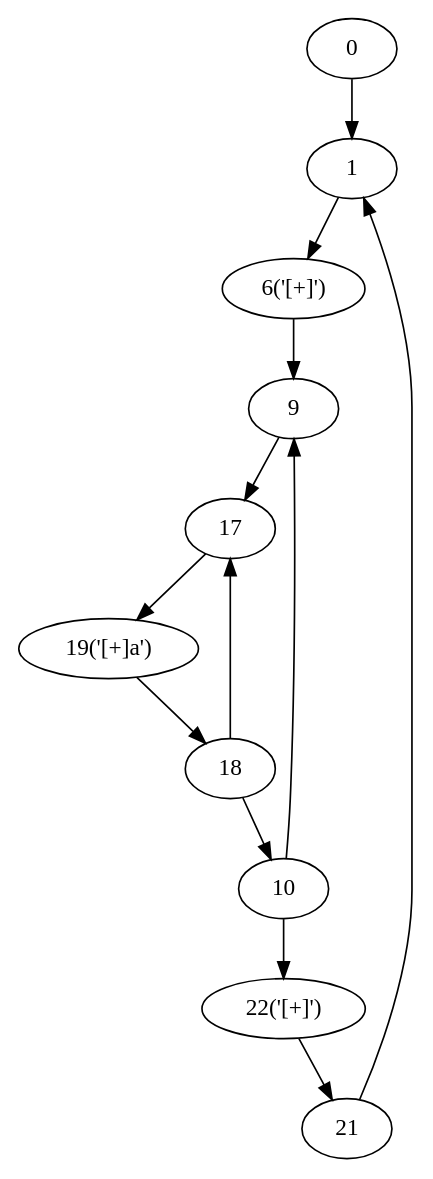
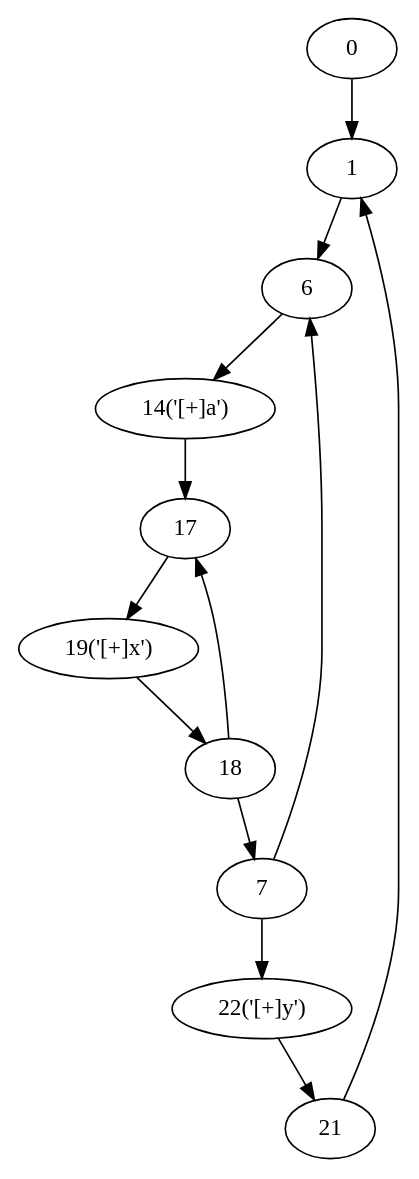
One commit to yyl-20020115/NRegEx changed the diagram in NRegex.Test/Graphs/IsCatastrophicBacktrackingPossible.dot. Above: the diagram before and after it, drawn with Graphviz. The commit also changed 6 other files, not shown here.

```diff
--- a/NRegex.Test/Graphs/IsCatastrophicBacktrackingPossible.dot
+++ b/NRegex.Test/Graphs/IsCatastrophicBacktrackingPossible.dot
@@ -1,25 +1,25 @@
 digraph g {
 	0 ;
 	1 ;
 	1 ;
-	6 [label="6('[+]')"];
-	9 ;
-	10 ;
+	6 ;
+	7 ;
+	14 [label="14('[+]a')"];
 	17 ;
 	18 ;
-	19 [label="19('[+]a')"];
+	19 [label="19('[+]x')"];
 	21 ;
-	22 [label="22('[+]')"];
+	22 [label="22('[+]y')"];
 	0->1;
 	21->1;
 	1->6;
-	6->9;
-	10->9;
-	18->10;
-	9->17;
+	7->6;
+	18->7;
+	6->14;
+	14->17;
 	18->17;
 	19->18;
 	17->19;
 	22->21;
-	10->22;
+	7->22;
 }
```
